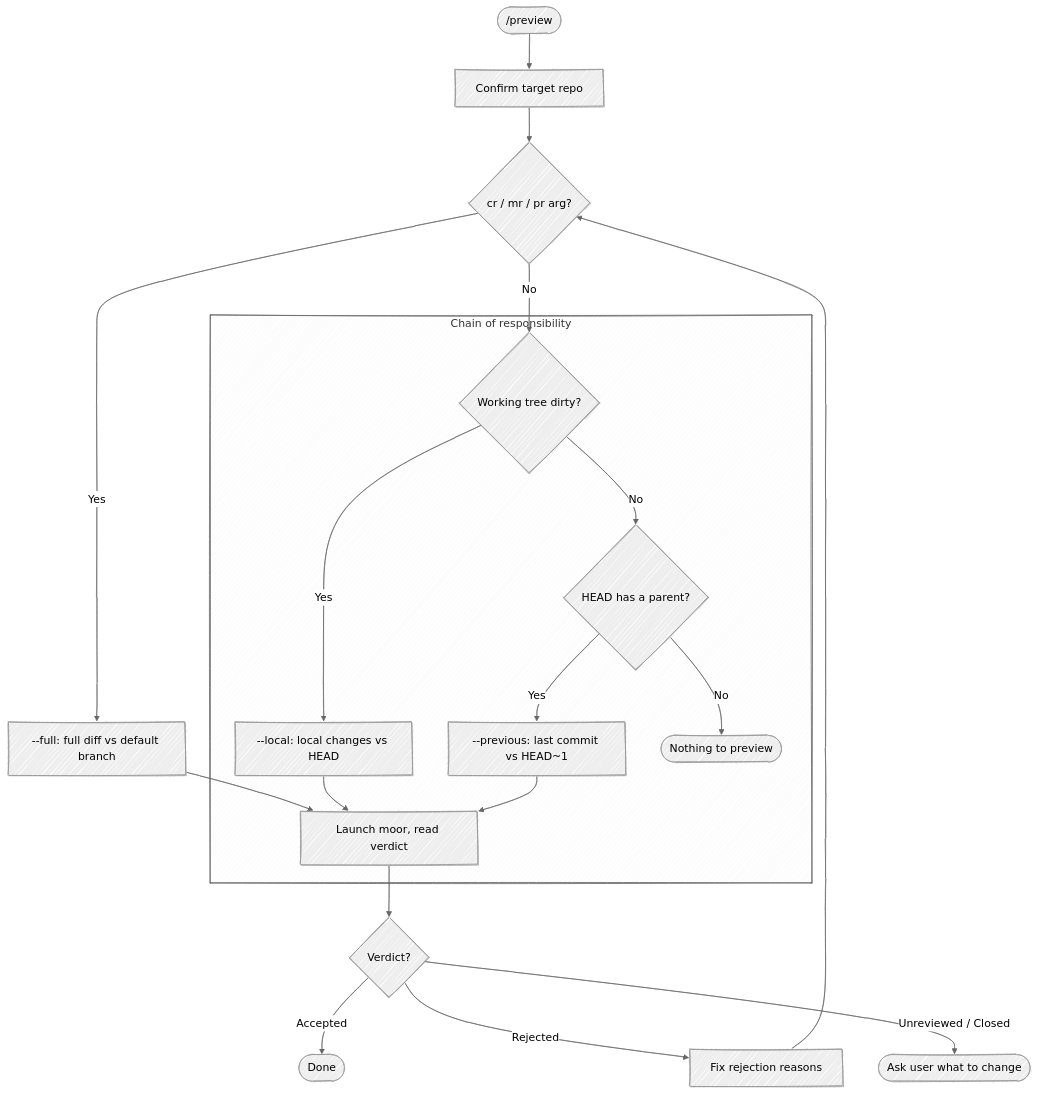
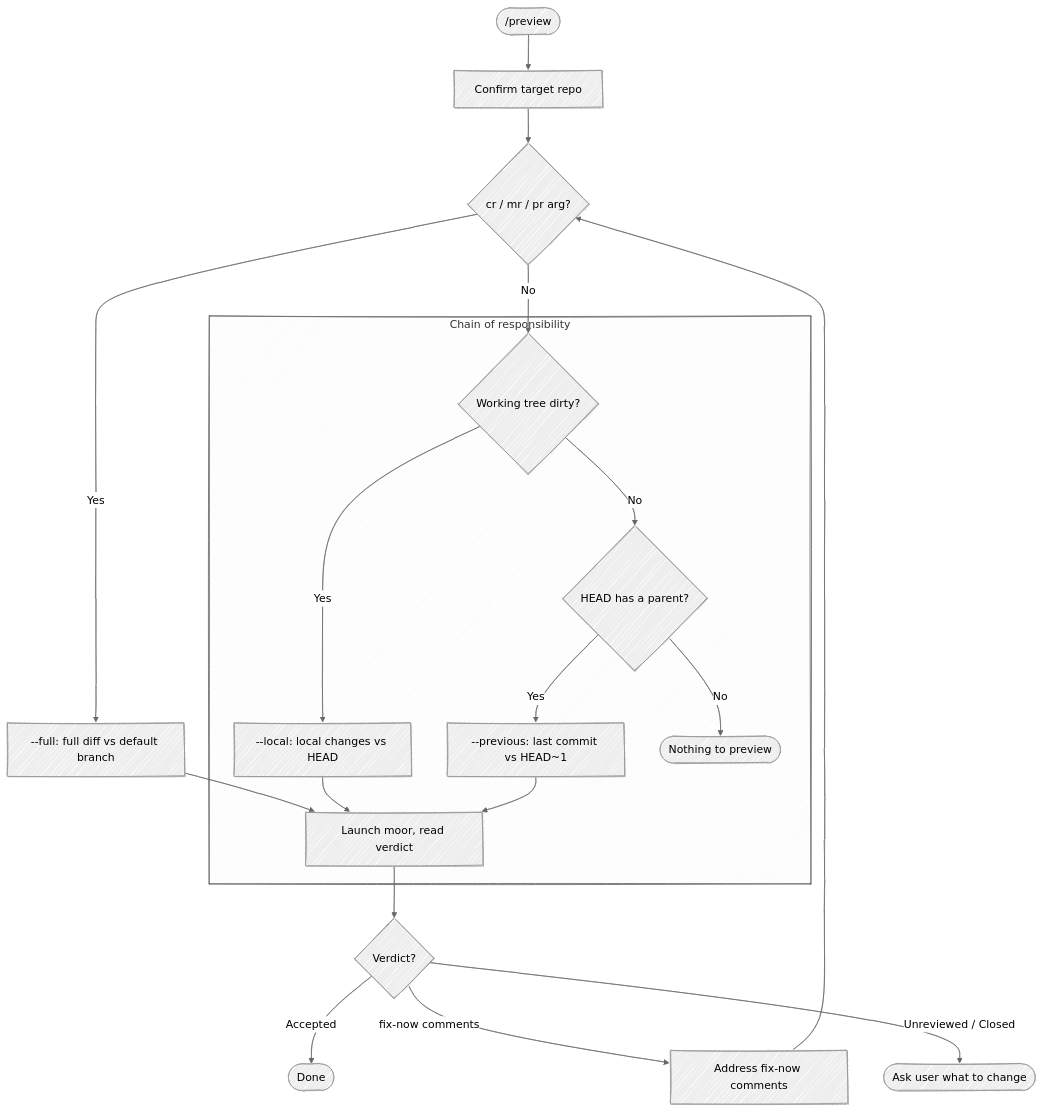
One commit to chris-peterson/anchor changed the diagram in skills/preview/SKILL.md. Above: the diagram before and after it, drawn with Mermaid (neutral theme). The commit also changed other lines of this file and 4 other files, not shown here.

First line of the commit message:
Update review skills for moor's comments[] sidecar contract

````diff
--- a/skills/preview/SKILL.md
+++ b/skills/preview/SKILL.md
@@ -20,19 +20,19 @@
 ```mermaid
 %%{ init: { 'look': 'handDrawn' } }%%
 flowchart TD
     Start(["/preview"]) --> Repo["Confirm target repo"] --> Mode{cr / mr / pr arg?}
     Mode -->|Yes| Branch["--full: full diff vs default branch"] --> DiffTool
     Mode -->|No| Dirty{Working tree dirty?}
 
     subgraph "Chain of responsibility"
         Dirty -->|Yes| Local["--local: local changes vs HEAD"] --> DiffTool
         Dirty -->|No| HasParent{HEAD has a parent?}
         HasParent -->|Yes| Previous["--previous: last commit vs HEAD~1"] --> DiffTool
         HasParent -->|No| Empty([Nothing to preview])
     end
 
     DiffTool["Launch moor, read verdict"] --> Review{Verdict?}
     Review -->|Accepted| Done([Done])
-    Review -->|Rejected| Fix["Fix rejection reasons"] --> Mode
+    Review -->|fix-now comments| Fix["Address fix-now comments"] --> Mode
     Review -->|Unreviewed / Closed| Ask([Ask user what to change])
 ```
````
